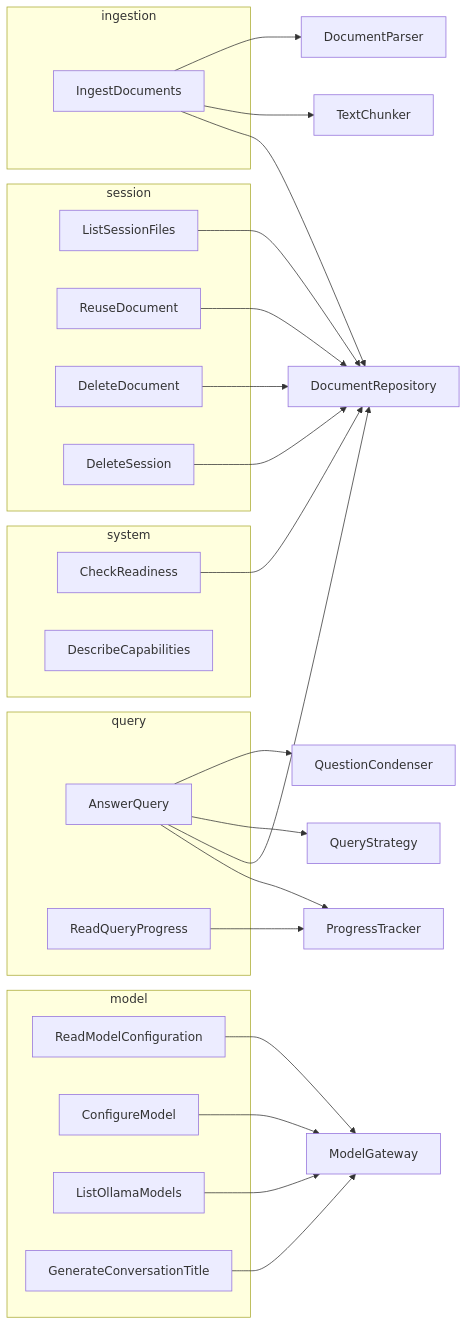
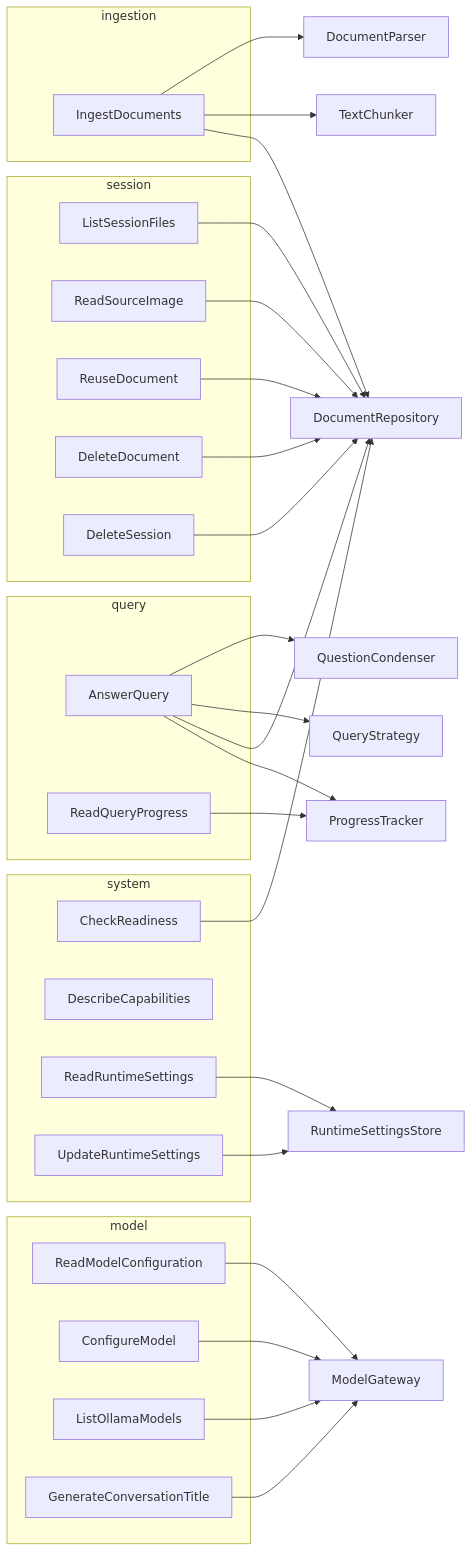
The diagram in docs/architecture/use-cases.md (Pooria82/ParsRAG), drawn with Mermaid before and after one commit. The commit also changed other lines of this file and 105 other files, not shown here.

````diff
--- a/docs/architecture/use-cases.md
+++ b/docs/architecture/use-cases.md
@@ -10,32 +10,36 @@
 ```mermaid
 flowchart LR
     subgraph ingestion
         ID[IngestDocuments]
     end
     subgraph query
         AQ[AnswerQuery]
         RQP[ReadQueryProgress]
     end
     subgraph session
         LSF[ListSessionFiles]
+        RSI[ReadSourceImage]
         RD[ReuseDocument]
         DD[DeleteDocument]
         DS[DeleteSession]
     end
     subgraph model
         RMC[ReadModelConfiguration]
         CM[ConfigureModel]
         LOM[ListOllamaModels]
         GCT[GenerateConversationTitle]
     end
     subgraph system
         CR[CheckReadiness]
         DC[DescribeCapabilities]
+        RRS[ReadRuntimeSettings]
+        URS[UpdateRuntimeSettings]
     end
     ID --> DocumentParser & TextChunker & DocumentRepository
     AQ --> QuestionCondenser & QueryStrategy & DocumentRepository & ProgressTracker
     RQP --> ProgressTracker
-    LSF & RD & DD & DS --> DocumentRepository
+    LSF & RSI & RD & DD & DS --> DocumentRepository
+    RRS & URS --> RuntimeSettingsStore
     RMC & CM & LOM & GCT --> ModelGateway
     CR --> DocumentRepository
 ```
````
